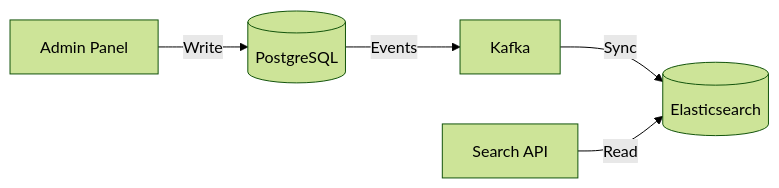
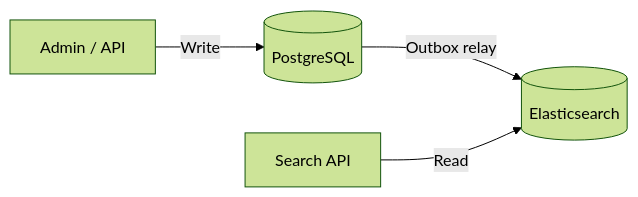
The fourth of 4 diagrams in docs/ARCHITECTURE.md (ekhodzitsky/go-ozon-marketplace), drawn with Mermaid (forest theme) before and after one commit. The commit also changed other lines of this file and 14 other files, not shown here.

````diff
--- a/docs/ARCHITECTURE.md
+++ b/docs/ARCHITECTURE.md
@@ -119,7 +115,6 @@
 ```mermaid
 graph LR
-    A[Admin Panel] -->|Write| PG[(PostgreSQL)]
-    PG -->|Events| Kafka
-    Kafka -->|Sync| ES[(Elasticsearch)]
+    A[Admin / API] -->|Write| PG[(PostgreSQL)]
+    PG -->|Outbox relay| ES[(Elasticsearch)]
     B[Search API] -->|Read| ES
 ```
````
